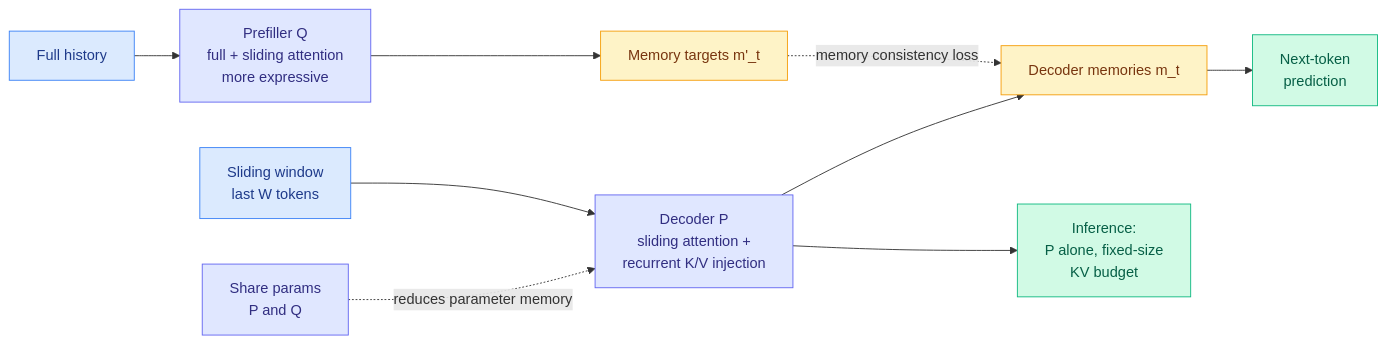
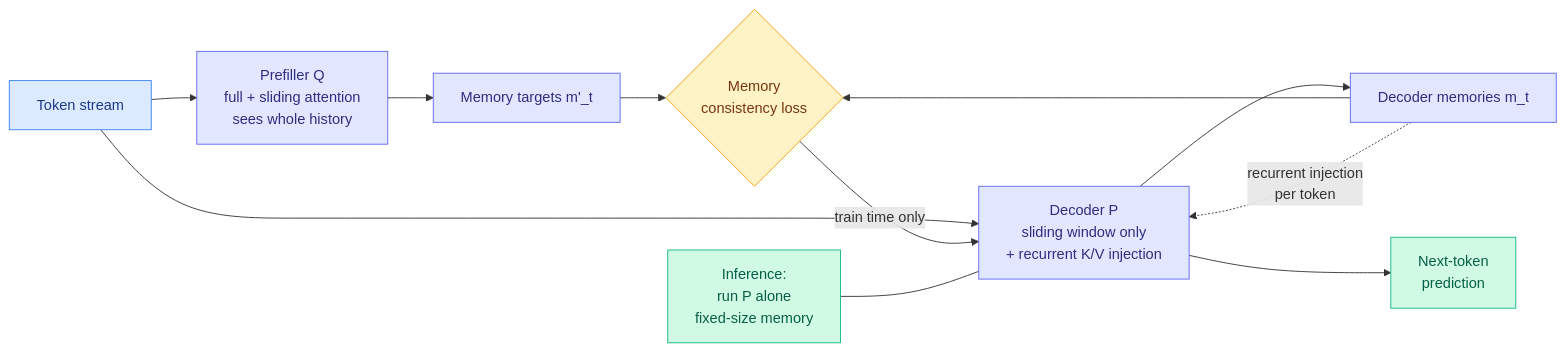
The diagram in wiki/inference-efficiency/2026-08-16-maglev-sliding-recurrent-memory.md (bayesiansapien/cere-bro), drawn with Mermaid before and after one commit. The commit also changed other lines of this file, not shown here.

Commit message:
wiki: update wiki/2026-08-16-maglev-sliding-recurrent-memory

````diff
--- a/wiki/inference-efficiency/2026-08-16-maglev-sliding-recurrent-memory.md
+++ b/wiki/inference-efficiency/2026-08-16-maglev-sliding-recurrent-memory.md
@@ -13,20 +14,21 @@
 ```mermaid
 flowchart LR
-  H[Full history] --> Q[Prefiller Q<br/>full + sliding attention<br/>more expressive]
+  X[Token stream] --> Q[Prefiller Q<br/>full + sliding attention<br/>sees whole history]
+  X --> P[Decoder P<br/>sliding window only<br/>+ recurrent K/V injection]
   Q --> MT["Memory targets m'_t"]
-  W[Sliding window<br/>last W tokens] --> P[Decoder P<br/>sliding attention +<br/>recurrent K/V injection]
-  P --> M["Decoder memories m_t"]
-  MT -.memory consistency loss.-> M
-  M --> NTP[Next-token<br/>prediction]
-  P --> INF[Inference:<br/>P alone, fixed-size<br/>KV budget]
-  SHARE[Share params<br/>P and Q] -.reduces parameter memory.-> P
+  P --> MD["Decoder memories m_t"]
+  MT --> L{Memory<br/>consistency loss}
+  MD --> L
+  L -->|train time only| P
+  P --> NT[Next-token<br/>prediction]
+  MD -.->|recurrent injection<br/>per token| P
+  INF[Inference:<br/>run P alone<br/>fixed-size memory] --- P
   classDef input fill:#dbeafe,stroke:#3b82f6,color:#1e3a8a
   classDef decision fill:#fef3c7,stroke:#f59e0b,color:#78350f
   classDef output fill:#d1fae5,stroke:#10b981,color:#065f46
   classDef aux fill:#e0e7ff,stroke:#6366f1,color:#312e81
-  class H,W input
-  class Q,P aux
-  class MT,M decision
-  class NTP,INF output
-  class SHARE aux
+  class X input
+  class L decision
+  class NT,INF output
+  class Q,P,MT,MD aux
 ```
````
